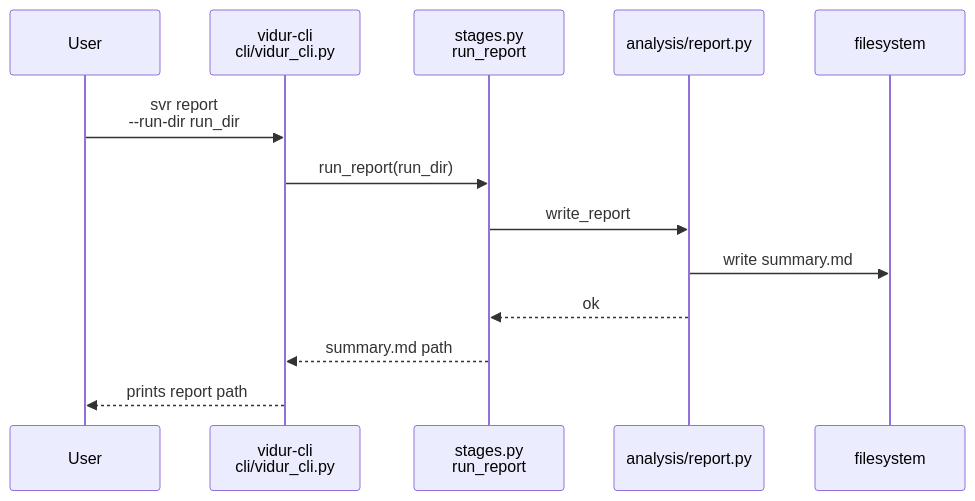
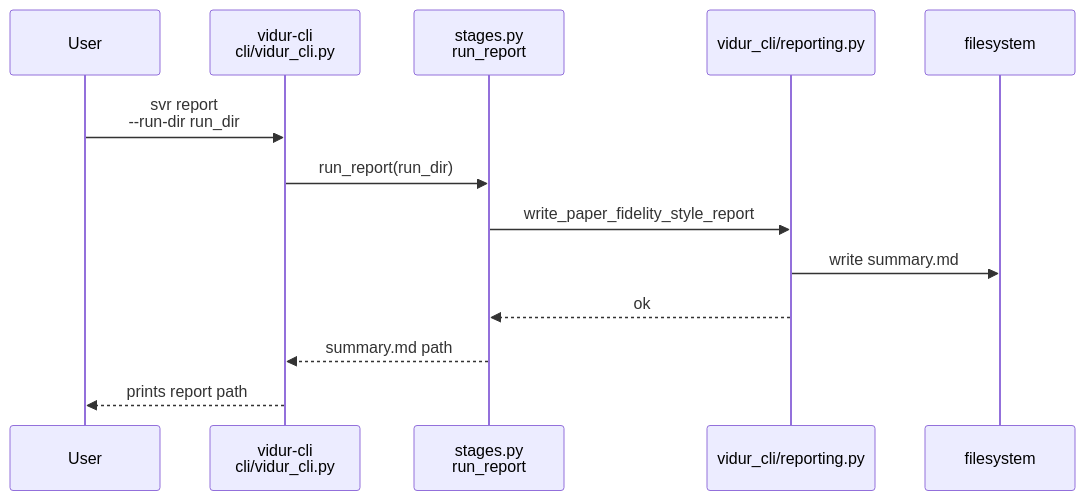
The first of 2 diagrams in context/tasks/working/004-vidur-cli/impl-phase-8-us6-report.md (CodeGandee/gpu-simulate-test), drawn with Mermaid before and after one commit. The commit also changed other lines of this file and 32 other files, not shown here.

Commit message:
revised vidur-cli tutorial

````diff
--- a/context/tasks/working/004-vidur-cli/impl-phase-8-us6-report.md
+++ b/context/tasks/working/004-vidur-cli/impl-phase-8-us6-report.md
@@ -74,16 +68,16 @@
 ```mermaid
 sequenceDiagram
     participant U as User
     participant CLI as vidur-cli<br/>cli/vidur_cli.py
     participant ST as stages.py<br/>run_report
-    participant REP as analysis/report.py
+    participant REP as vidur_cli/reporting.py
     participant FS as filesystem
 
     U->>CLI: svr report<br/>--run-dir run_dir
     CLI->>ST: run_report(run_dir)
-    ST->>REP: write_report
+    ST->>REP: write_paper_fidelity_style_report
     REP->>FS: write summary.md
     REP-->>ST: ok
     ST-->>CLI: summary.md path
     CLI-->>U: prints report path
 ```
````
